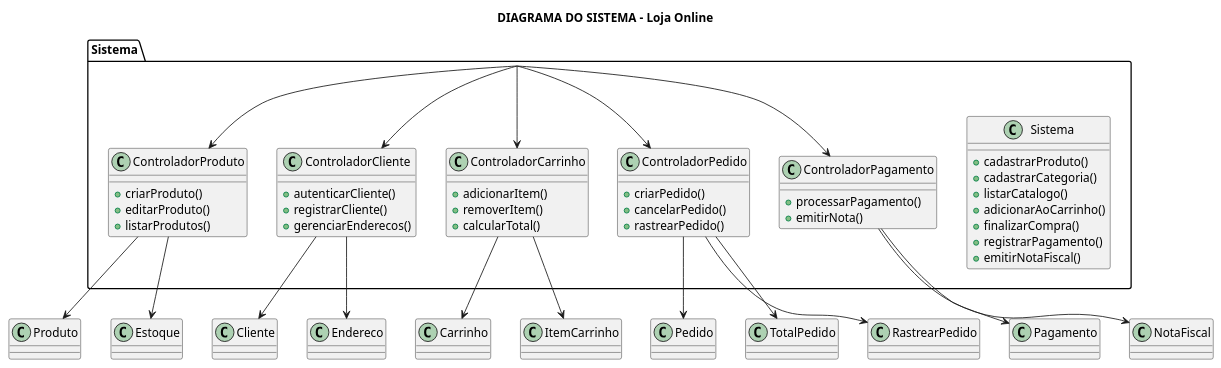
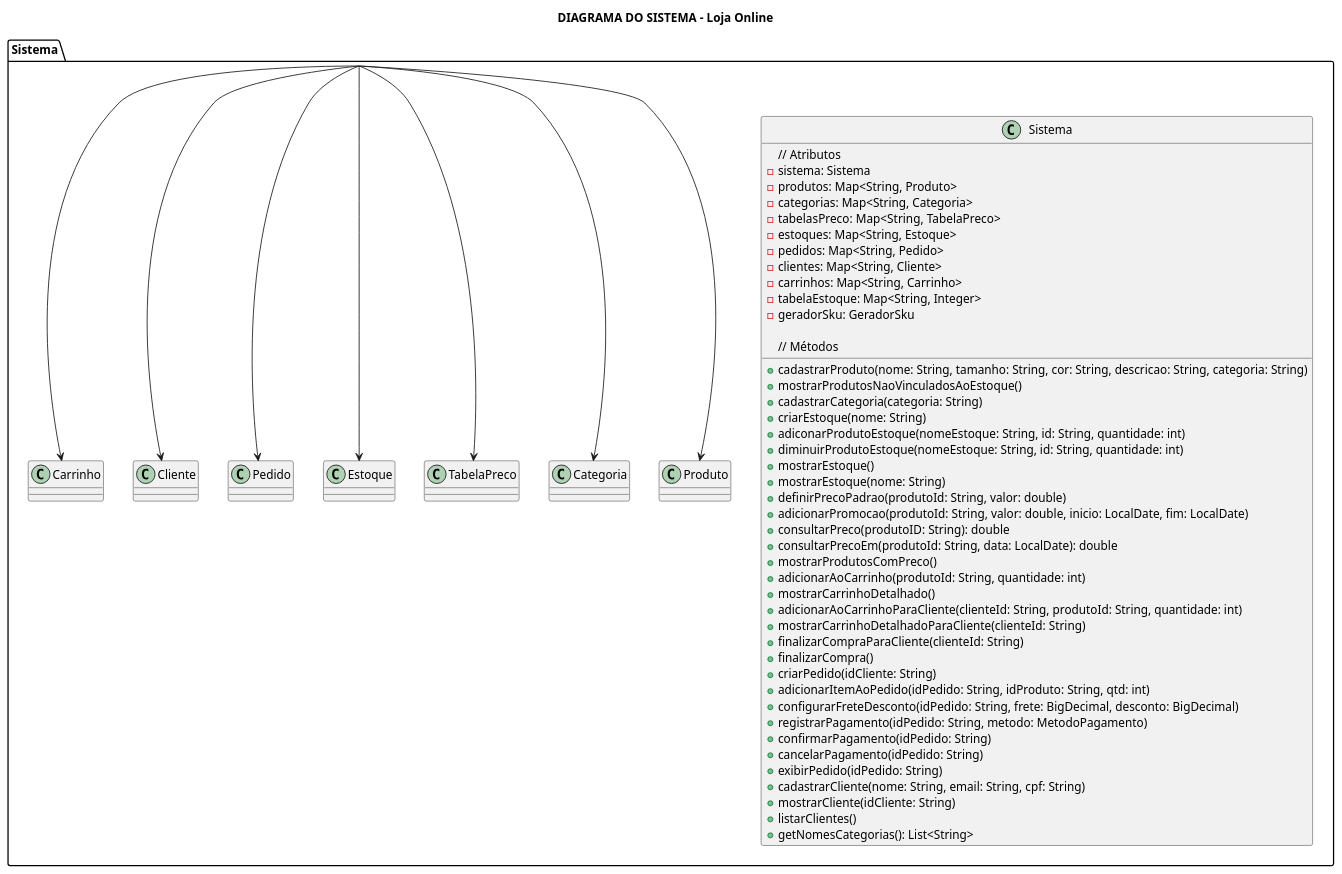
Before and after one commit to Wyklify/projeto_lojaOline_final: the second of 2 diagrams in Uml_Final.plantuml, drawn with PlantUML. The commit also changed other lines of this file and 12 other files, not shown here.

```diff
--- a/Uml_Final.plantuml
+++ b/Uml_Final.plantuml
@@ -218,72 +210,96 @@
 @startuml
 title DIAGRAMA DO SISTEMA - Loja Online
 
 package "Sistema" {
 
     class Sistema {
-        
-        +cadastrarProduto()
-        +cadastrarCategoria()
-        +listarCatalogo()
-        +adicionarAoCarrinho()
+        // Atributos
+        -sistema: Sistema
+        -produtos: Map<String, Produto>
+        -categorias: Map<String, Categoria>
+        -tabelasPreco: Map<String, TabelaPreco>
+        -estoques: Map<String, Estoque>
+        -pedidos: Map<String, Pedido>
+        -clientes: Map<String, Cliente>
+        -carrinhos: Map<String, Carrinho>
+        -tabelaEstoque: Map<String, Integer>
+        -geradorSku: GeradorSku
+
+        // Métodos
+        +cadastrarProduto(nome: String, tamanho: String, cor: String, descricao: String, categoria: String)
+        +mostrarProdutosNaoVinculadosAoEstoque()
+        +cadastrarCategoria(categoria: String)
+        +criarEstoque(nome: String)
+        +adiconarProdutoEstoque(nomeEstoque: String, id: String, quantidade: int)
+        +diminuirProdutoEstoque(nomeEstoque: String, id: String, quantidade: int)
+        +mostrarEstoque()
+        +mostrarEstoque(nome: String)
+        +definirPrecoPadrao(produtoId: String, valor: double)
+        +adicionarPromocao(produtoId: String, valor: double, inicio: LocalDate, fim: LocalDate)
+        +consultarPreco(produtoID: String): double
+        +consultarPrecoEm(produtoId: String, data: LocalDate): double
+        +mostrarProdutosComPreco()
+        +adicionarAoCarrinho(produtoId: String, quantidade: int)
+        +mostrarCarrinhoDetalhado()
+        +adicionarAoCarrinhoParaCliente(clienteId: String, produtoId: String, quantidade: int)
+        +mostrarCarrinhoDetalhadoParaCliente(clienteId: String)
+        +finalizarCompraParaCliente(clienteId: String)
         +finalizarCompra()
-        +registrarPagamento()
-        +emitirNotaFiscal()
+        +criarPedido(idCliente: String)
+        +adicionarItemAoPedido(idPedido: String, idProduto: String, qtd: int)
+        +configurarFreteDesconto(idPedido: String, frete: BigDecimal, desconto: BigDecimal)
+        +registrarPagamento(idPedido: String, metodo: MetodoPagamento)
+        +confirmarPagamento(idPedido: String)
+        +cancelarPagamento(idPedido: String)
+        +exibirPedido(idPedido: String)
+        +cadastrarCliente(nome: String, email: String, cpf: String)
+        +mostrarCliente(idCliente: String)
+        +listarClientes()
+        +getNomesCategorias(): List<String>
     }
 
-    class ControladorProduto {
-        +criarProduto()
-        +editarProduto()
-        +listarProdutos()
+    class Produto {
+
     }
 
-    class ControladorCliente {
-        +autenticarCliente()
-        +registrarCliente()
-        +gerenciarEnderecos()
+    class Categoria {
+
     }
 
-    class ControladorCarrinho {
-        +adicionarItem()
-        +removerItem()
-        +calcularTotal()
+    class TabelaPreco {
+
     }
 
-    class ControladorPedido {
-        +criarPedido()
-        +cancelarPedido()
-        +rastrearPedido()
+    class Estoque {
+
     }
 
-    class ControladorPagamento {
-        +processarPagamento()
-        +emitirNota()
+    class Pedido {
+
     }
+
+
+    class Cliente {
+
+    }
+
+    class Carrinho {
+
+    }
+
+
 }
 
 ' -------------------- LIGAÇÕES DO SISTEMA --------------------
 
-Sistema --> ControladorProduto
-Sistema --> ControladorCliente
-Sistema --> ControladorCarrinho
-Sistema --> ControladorPedido
-Sistema --> ControladorPagamento
+Sistema --> Produto
+Sistema --> Categoria
+Sistema --> TabelaPreco
+Sistema --> Pedido
+Sistema --> Cliente
+Sistema --> Carrinho
+Sistema --> Estoque
 
-' Ligação com classes do domínio
-ControladorProduto --> Produto
-ControladorProduto --> Estoque
 
-ControladorCliente --> Cliente
-ControladorCliente --> Endereco
-
-ControladorCarrinho --> Carrinho
-ControladorCarrinho --> ItemCarrinho
-
-ControladorPedido --> Pedido
-ControladorPedido --> TotalPedido
-ControladorPedido --> RastrearPedido
-
-ControladorPagamento --> Pagamento
-ControladorPagamento --> NotaFiscal
 
 @enduml
```
